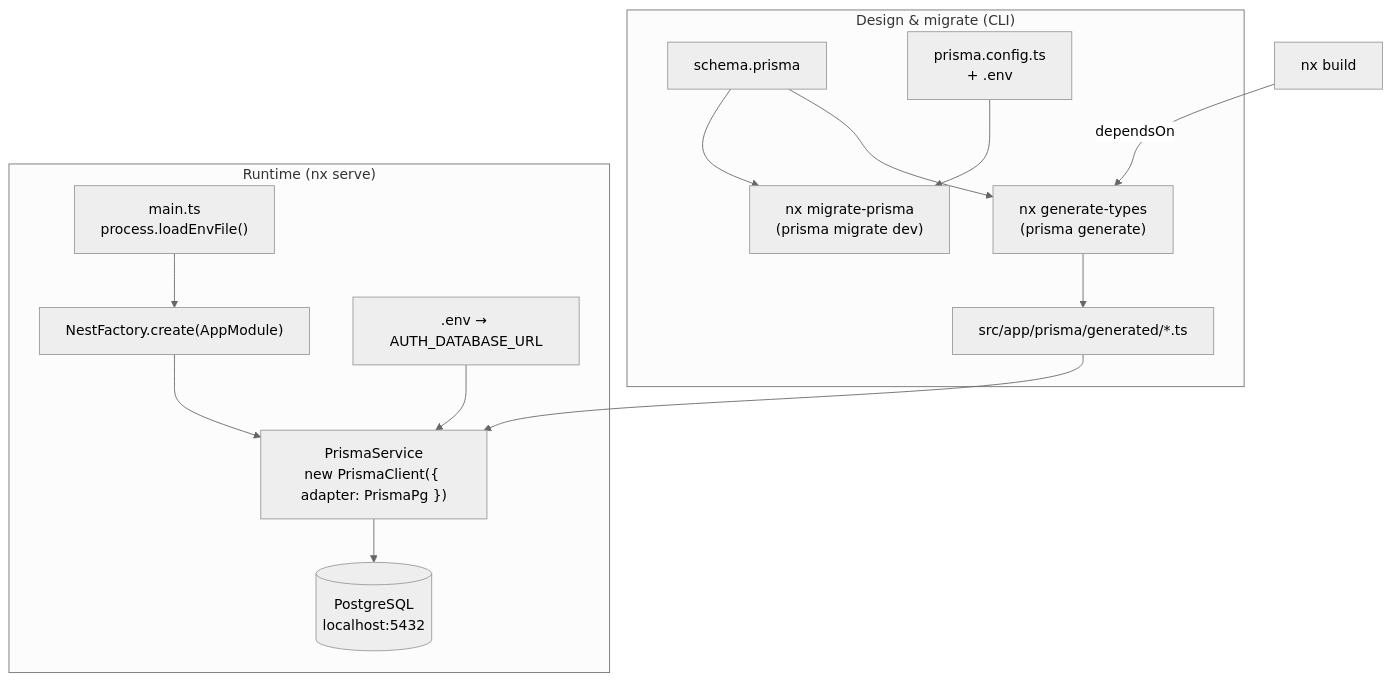
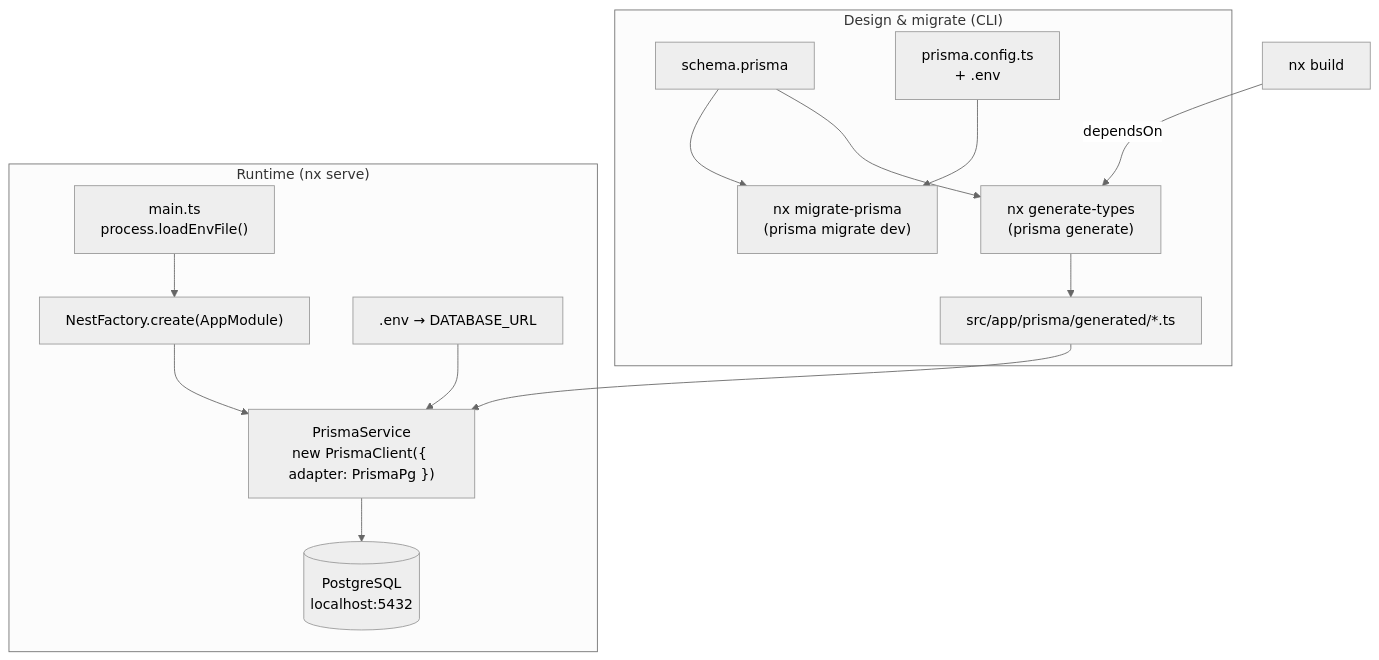
The fourth of 4 diagrams in docs/prisma-6-to-7-migration.md (tarunchopra1012/nx-jobber), drawn with Mermaid (neutral theme) before and after one commit. The commit also changed other lines of this file and 3 other files, not shown here.

````diff
--- a/docs/prisma-6-to-7-migration.md
+++ b/docs/prisma-6-to-7-migration.md
@@ -378,17 +378,17 @@
 ```mermaid
 flowchart TD
   subgraph Dev["Design & migrate (CLI)"]
     SCHEMA["schema.prisma"] --> GEN["nx generate-types<br/>(prisma generate)"]
     SCHEMA --> MIG["nx migrate-prisma<br/>(prisma migrate dev)"]
     CFG["prisma.config.ts<br/>+ .env"] --> MIG
     GEN --> GENDIR["src/app/prisma/generated/*.ts"]
   end
   subgraph App["Runtime (nx serve)"]
     MAIN["main.ts<br/>process.loadEnvFile()"] --> BOOT["NestFactory.create(AppModule)"]
     BOOT --> SVC["PrismaService<br/>new PrismaClient({ adapter: PrismaPg })"]
     GENDIR --> SVC
-    ENV[".env → AUTH_DATABASE_URL"] --> SVC
+    ENV[".env → DATABASE_URL"] --> SVC
     SVC --> PG[("PostgreSQL<br/>localhost:5432")]
   end
   BUILD["nx build"] -->|dependsOn| GEN
 ```
````
